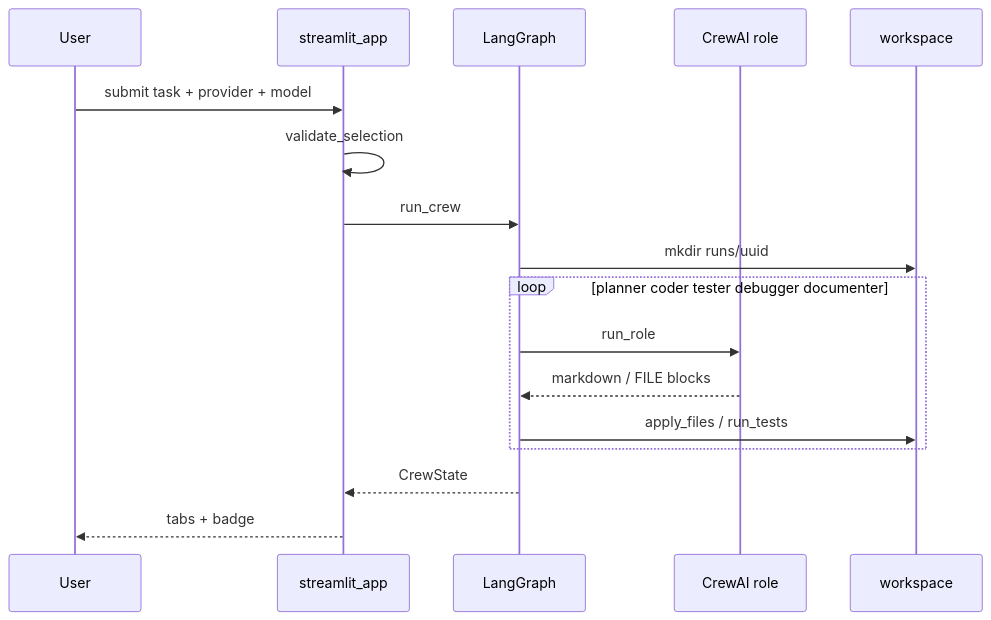
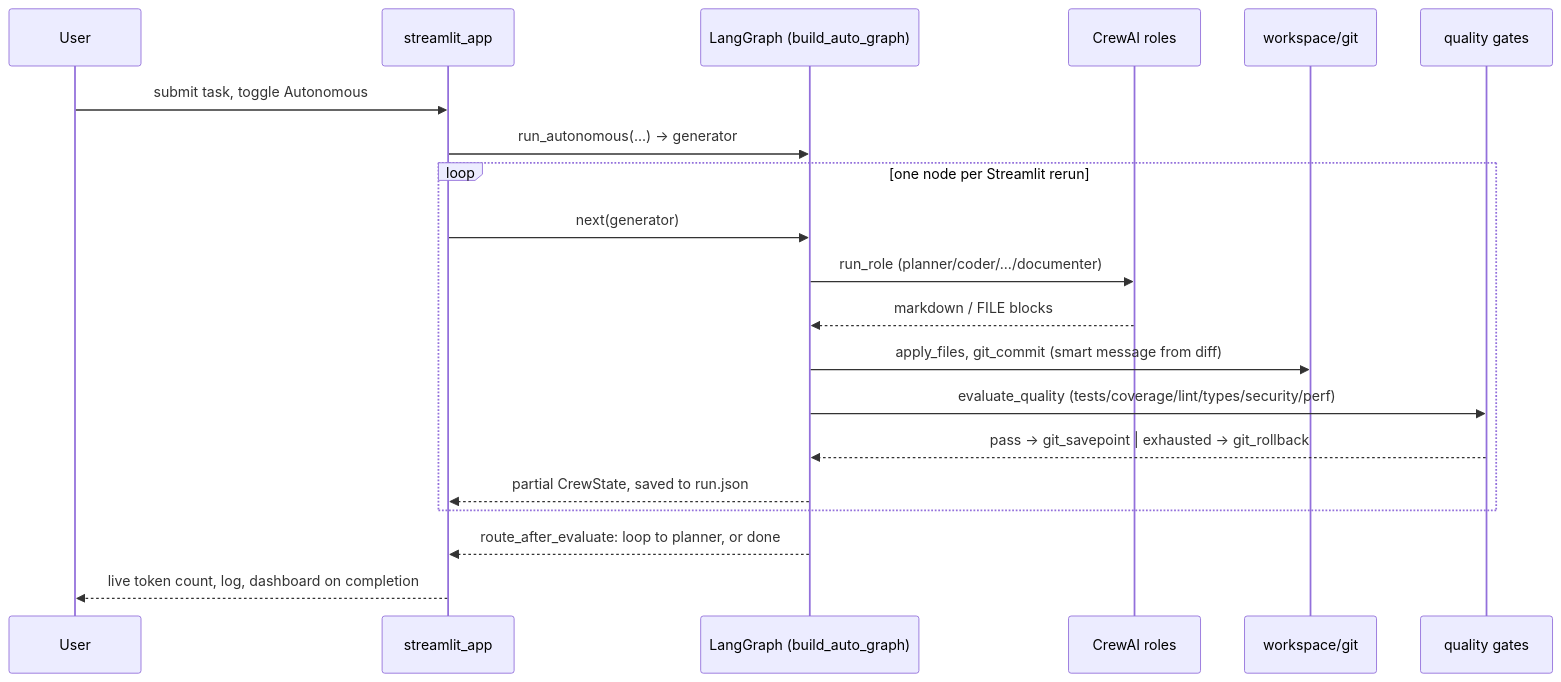
One commit to pypi-ahmad/autonomous-coding-agent-crew changed the third of 5 diagrams in ARCHITECTURE.md. Above: the diagram before and after it, drawn with Mermaid. The commit also changed other lines of this file, not shown here.

````diff
--- a/ARCHITECTURE.md
+++ b/ARCHITECTURE.md
@@ -186,19 +196,22 @@
 ```mermaid
 sequenceDiagram
   participant U as User
   participant S as streamlit_app
-  participant G as LangGraph
-  participant C as CrewAI role
-  participant W as workspace
-  U->>S: submit task + provider + model
-  S->>S: validate_selection
-  S->>G: run_crew
-  G->>W: mkdir runs/uuid
-  loop planner coder tester debugger documenter
-    G->>C: run_role
+  participant G as LangGraph (build_auto_graph)
+  participant C as CrewAI roles
+  participant W as workspace/git
+  participant Q as quality gates
+  U->>S: submit task, toggle Autonomous
+  S->>G: run_autonomous(...) -> generator
+  loop one node per Streamlit rerun
+    S->>G: next(generator)
+    G->>C: run_role (planner/coder/.../documenter)
     C-->>G: markdown / FILE blocks
-    G->>W: apply_files / run_tests
+    G->>W: apply_files, git_commit (smart message from diff)
+    G->>Q: evaluate_quality (tests/coverage/lint/types/security/perf)
+    Q-->>G: pass -> git_savepoint | exhausted -> git_rollback
+    G-->>S: partial CrewState, saved to run.json
   end
-  G-->>S: CrewState
-  S-->>U: tabs + badge
+  G-->>S: route_after_evaluate: loop to planner, or done
+  S-->>U: live token count, log, dashboard on completion
 ```
````
